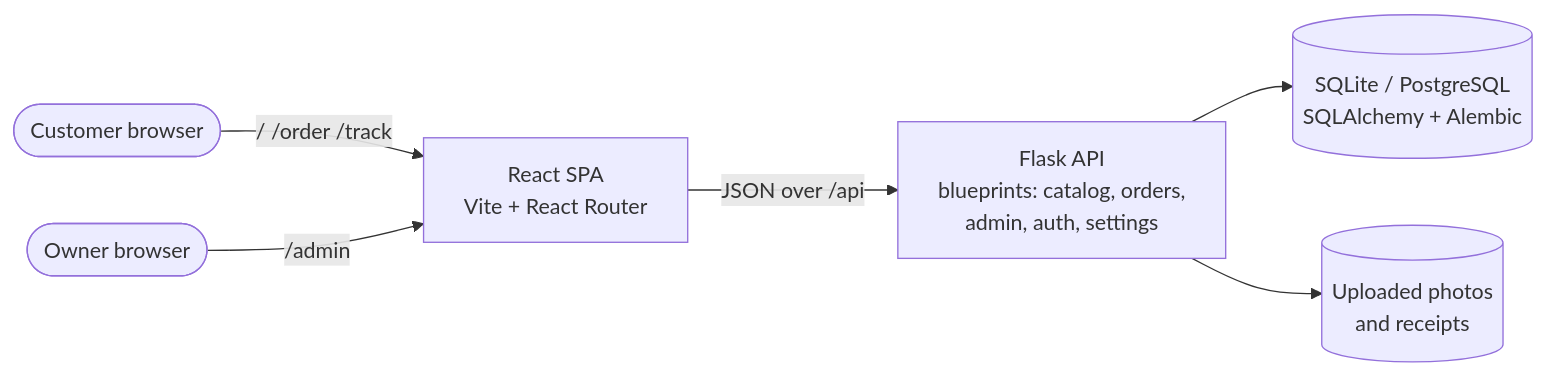
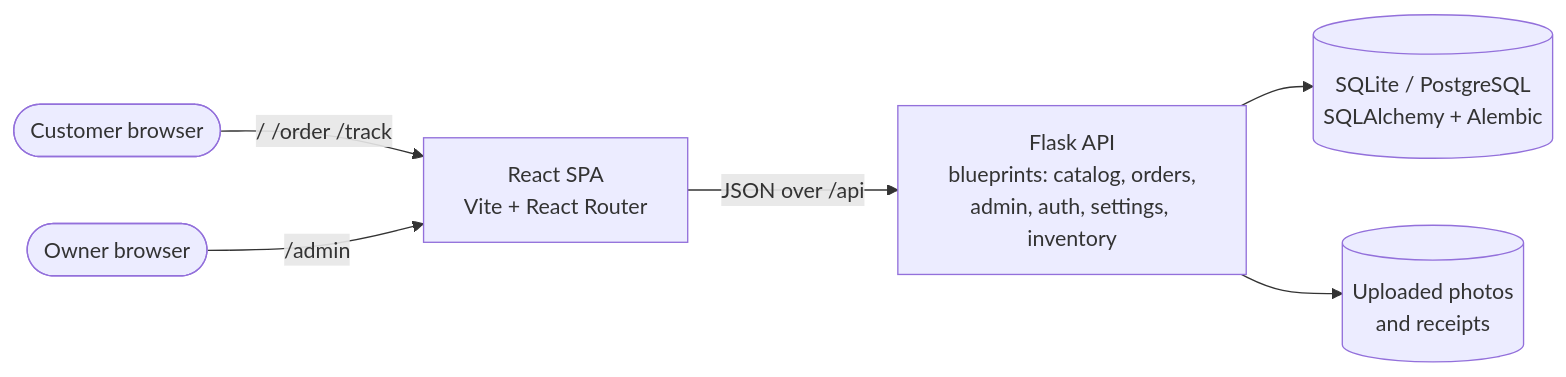
One commit to sumaia-ahmad/deniz-candles changed the diagram in README.md. Above: the diagram before and after it, drawn with Mermaid. The commit also changed other lines of this file and 13 other files, not shown here.

````diff
--- a/README.md
+++ b/README.md
@@ -41,8 +47,8 @@
 ```mermaid
 flowchart LR
     Customer([Customer browser]) -->|/ /order /track| React
     Owner([Owner browser]) -->|/admin| React
     React[React SPA<br/>Vite + React Router] -->|JSON over /api| Flask
-    Flask[Flask API<br/>blueprints: catalog, orders,<br/>admin, auth, settings] --> DB[(SQLite / PostgreSQL<br/>SQLAlchemy + Alembic)]
+    Flask[Flask API<br/>blueprints: catalog, orders,<br/>admin, auth, settings, inventory] --> DB[(SQLite / PostgreSQL<br/>SQLAlchemy + Alembic)]
     Flask --> Files[(Uploaded photos<br/>and receipts)]
 ```
````
